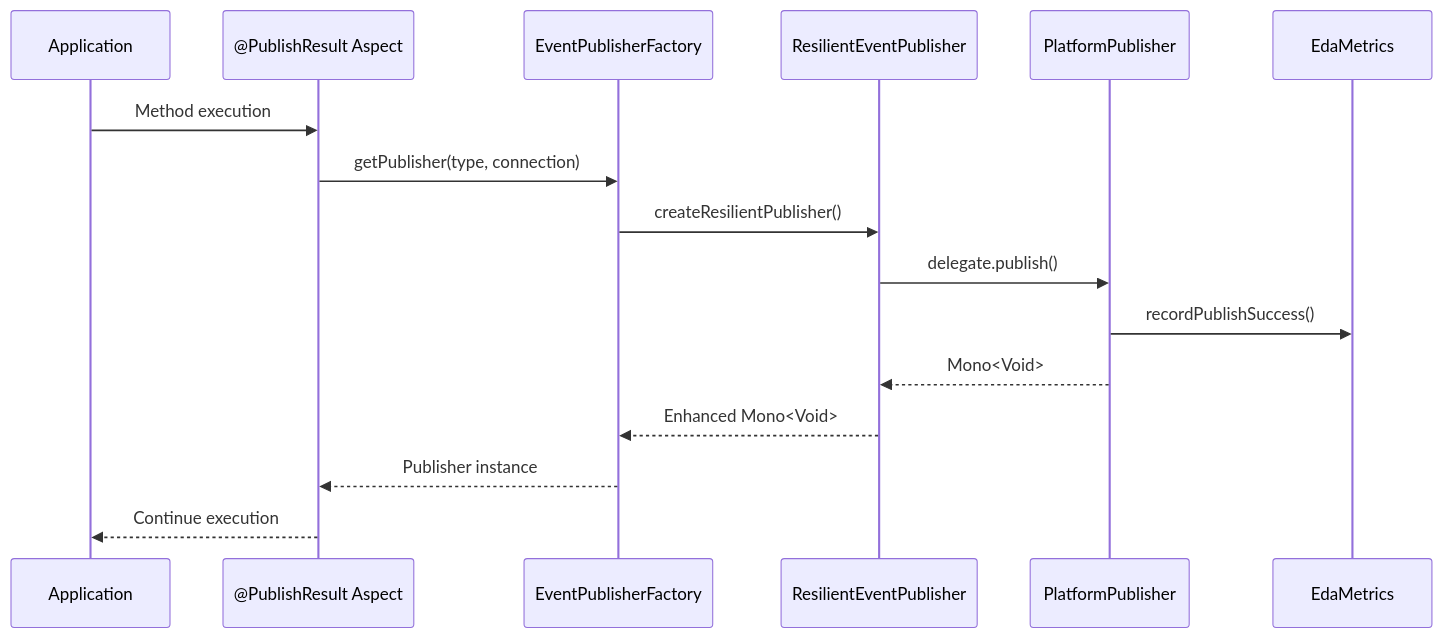
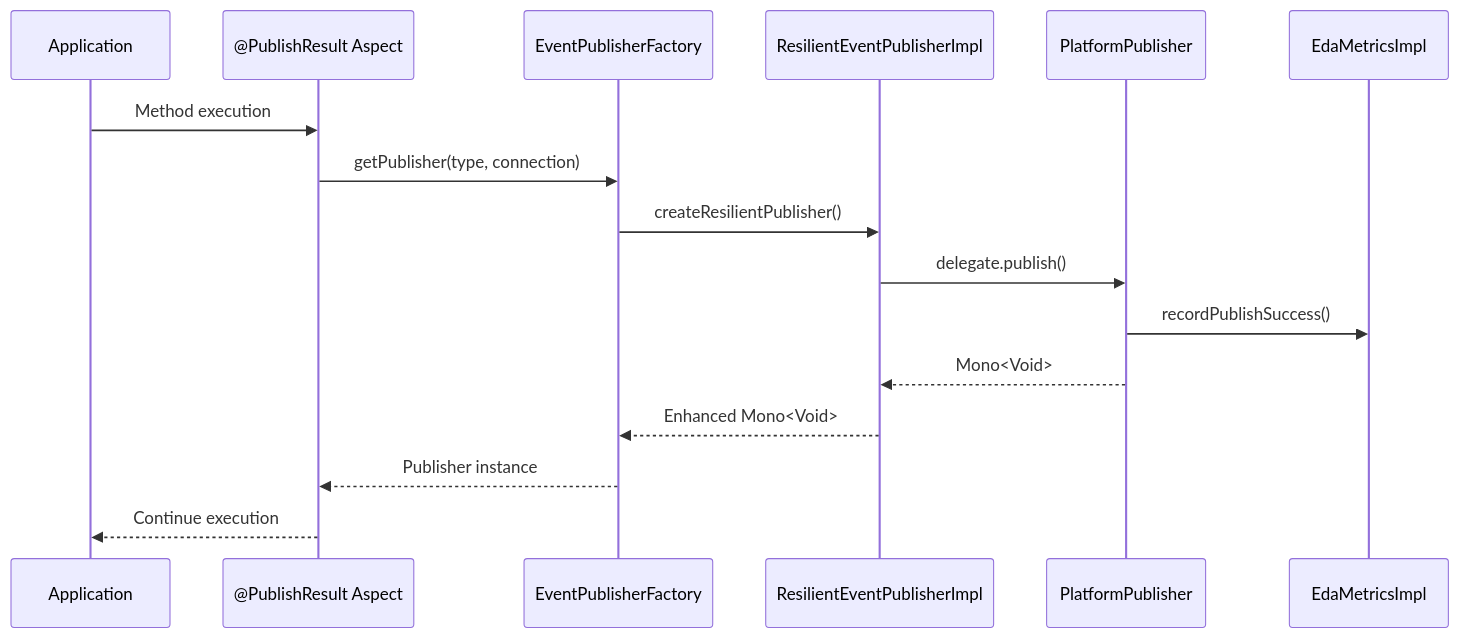
One commit to fireflyframework/fireflyframework-jafly changed the first of 2 diagrams in modules/eda/docs/ARCHITECTURE.md. Above: the diagram before and after it, drawn with Mermaid. The commit also changed other lines of this file and 1166 other files, not shown here.

````diff
--- a/modules/eda/docs/ARCHITECTURE.md
+++ b/modules/eda/docs/ARCHITECTURE.md
@@ -151,19 +151,19 @@
 ```mermaid
 sequenceDiagram
     participant App as Application
     participant Aspect as @PublishResult Aspect
     participant Factory as EventPublisherFactory
-    participant Resilient as ResilientEventPublisher
+    participant Resilient as ResilientEventPublisherImpl
     participant Platform as PlatformPublisher
-    participant Metrics as EdaMetrics
+    participant Metrics as EdaMetricsImpl
 
     App->>Aspect: Method execution
     Aspect->>Factory: getPublisher(type, connection)
     Factory->>Resilient: createResilientPublisher()
     Resilient->>Platform: delegate.publish()
     Platform->>Metrics: recordPublishSuccess()
     Platform-->>Resilient: Mono<Void>
     Resilient-->>Factory: Enhanced Mono<Void>
     Factory-->>Aspect: Publisher instance
     Aspect-->>App: Continue execution
 ```
````
